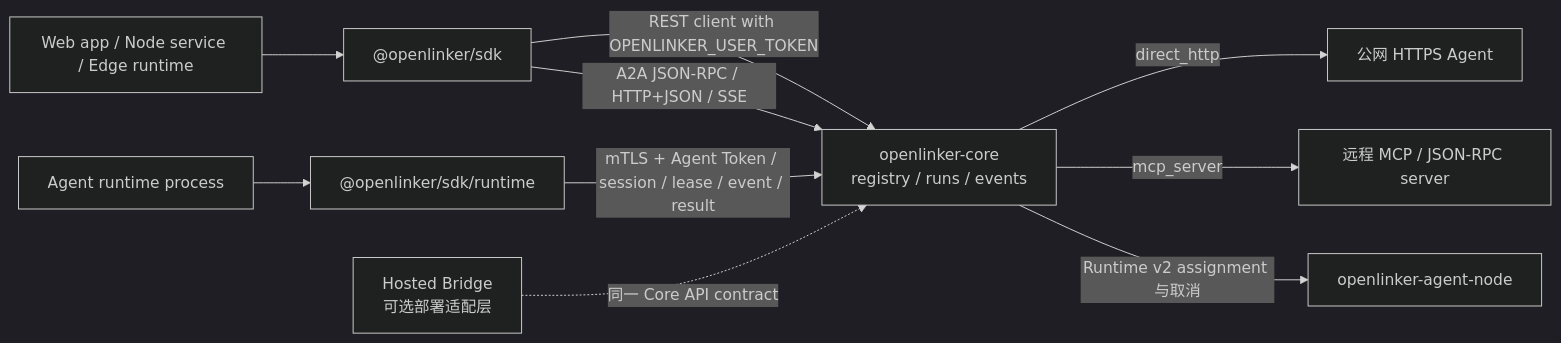
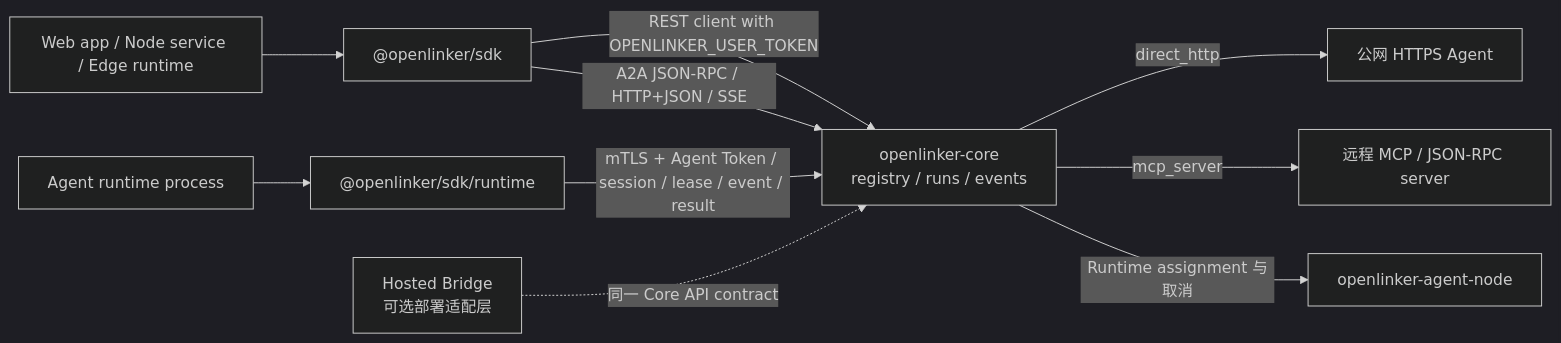
The diagram in README.zh-CN.md (OpenLinker-ai/openlinker-js), drawn with Mermaid (dark theme) before and after one commit. The commit also changed other lines of this file and 9 other files, not shown here.

````diff
--- a/README.zh-CN.md
+++ b/README.zh-CN.md
@@ -24,14 +24,14 @@
 ```mermaid
 flowchart LR
   App["Web app / Node service / Edge runtime"] --> ClientSDK["@openlinker/sdk"]
   ClientSDK -->|"REST client with OPENLINKER_USER_TOKEN"| Core["openlinker-core<br/>registry / runs / events"]
   ClientSDK -->|"A2A JSON-RPC / HTTP+JSON / SSE"| Core
   Runtime["Agent runtime process"] --> RuntimeSDK["@openlinker/sdk/runtime"]
   RuntimeSDK -->|"mTLS + Agent Token / session / lease / event / result"| Core
 
   HostedBridge["Hosted Bridge<br/>可选部署适配层"] -.->|"同一 Core API contract"| Core
 
   Core -->|"direct_http"| HTTPAgent["公网 HTTPS Agent"]
   Core -->|"mcp_server"| MCPAgent["远程 MCP / JSON-RPC server"]
-  Core -->|"Runtime v2 assignment 与取消"| AgentNode["openlinker-agent-node"]
+  Core -->|"Runtime assignment 与取消"| AgentNode["openlinker-agent-node"]
 ```
````
